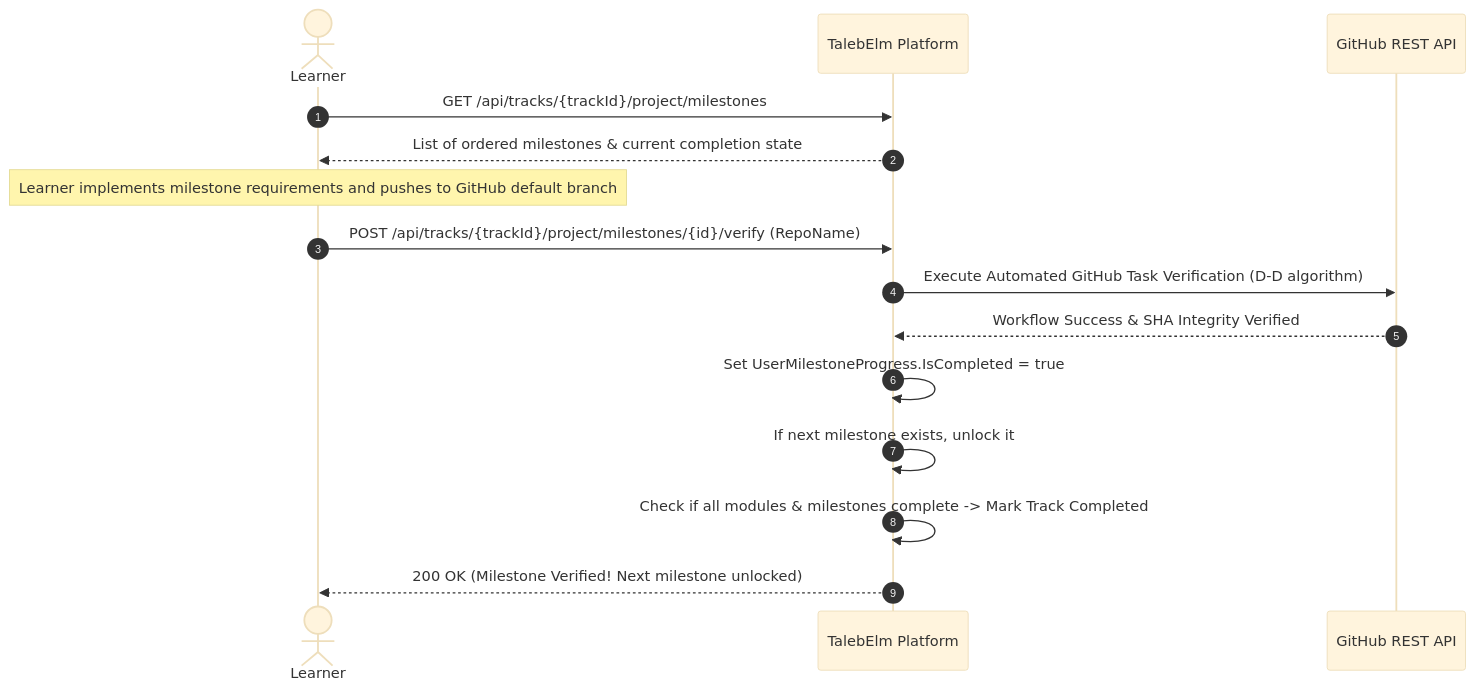
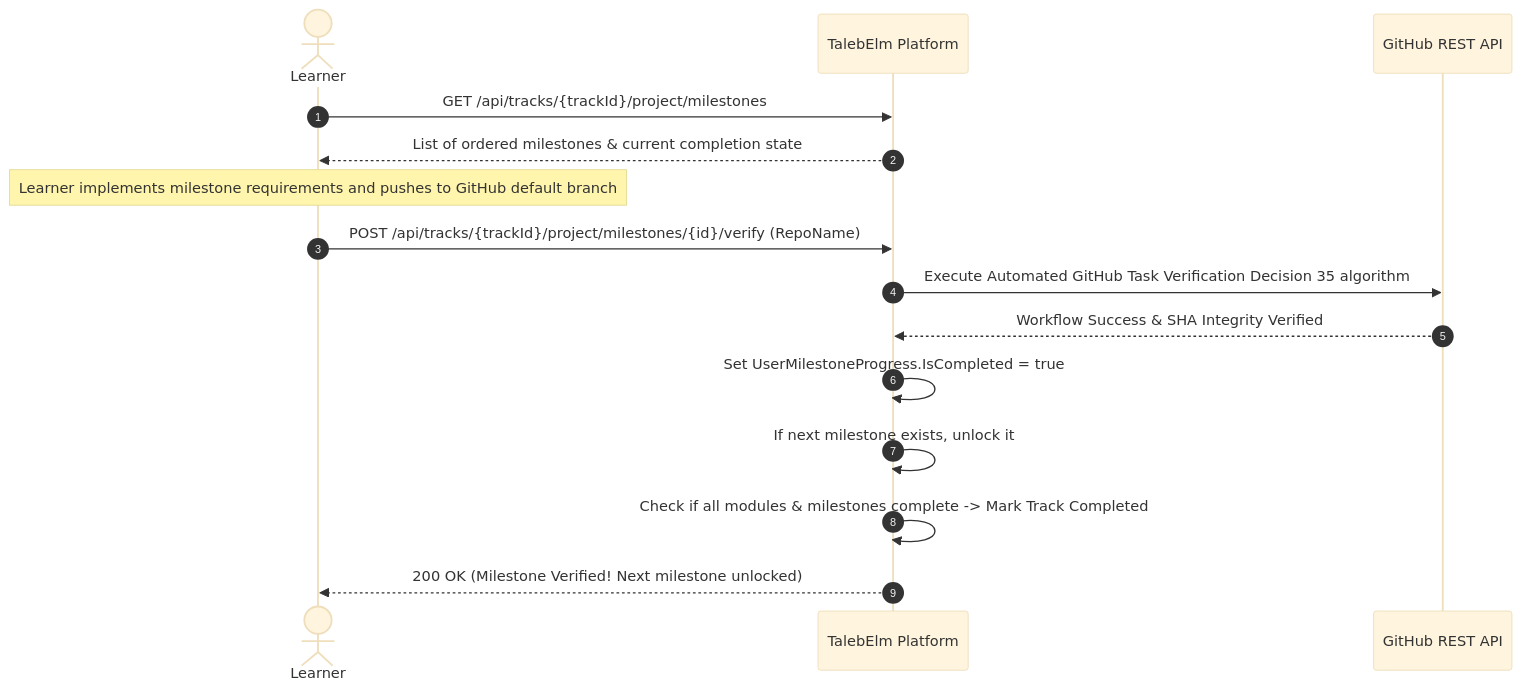
The diagram in docs/features/09-capstone-project.md (Tawjjeh/TalebElm), drawn with Mermaid (base theme) before and after one commit. The commit also changed other lines of this file and 26 other files, not shown here.

Commit message:
docs: fix design gaps and align verification, capstone, and hub specs

````diff
--- a/docs/features/09-capstone-project.md
+++ b/docs/features/09-capstone-project.md
@@ -68,18 +68,18 @@
 ```mermaid
 sequenceDiagram
     autonumber
     actor Learner
     participant Platform as TalebElm Platform
     participant GH as GitHub REST API
 
     Learner->>Platform: GET /api/tracks/{trackId}/project/milestones
     Platform-->>Learner: List of ordered milestones & current completion state
     Note over Learner: Learner implements milestone requirements and pushes to GitHub default branch
     Learner->>Platform: POST /api/tracks/{trackId}/project/milestones/{id}/verify (RepoName)
-    Platform->>GH: Execute Automated GitHub Task Verification (D-D algorithm)
+    Platform->>GH: Execute Automated GitHub Task Verification Decision 35 algorithm
     GH-->>Platform: Workflow Success & SHA Integrity Verified
     Platform->>Platform: Set UserMilestoneProgress.IsCompleted = true
     Platform->>Platform: If next milestone exists, unlock it
     Platform->>Platform: Check if all modules & milestones complete -> Mark Track Completed
     Platform-->>Learner: 200 OK (Milestone Verified! Next milestone unlocked)
 ```
````
